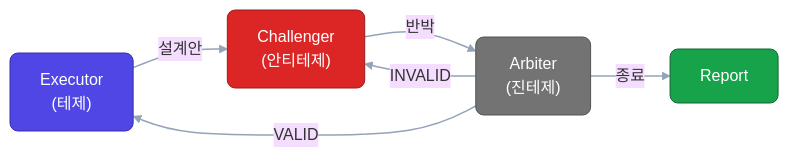
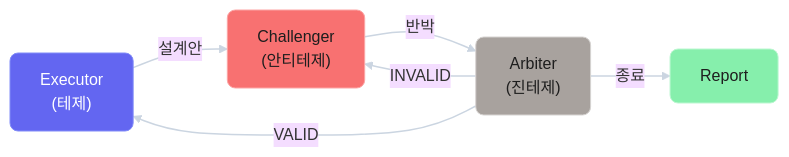
Before and after one commit to cho1124/multi-agent-adversarial-verification: the first of 2 diagrams in README.md, drawn with Mermaid (base theme). The commit also changed other lines of this file and 1 other file, not shown here.

Commit message:
style: Mermaid 컬러 톤다운 — 부드러운 파스텔 톤으로 전환

````diff
--- a/README.md
+++ b/README.md
@@ -18,18 +18,18 @@
 ```mermaid
 flowchart LR
     E["Executor
 (테제)"] -- 설계안 --> C["Challenger
 (안티테제)"]
     C -- 반박 --> A["Arbiter
 (진테제)"]
     A -- "VALID" --> E
     A -- "INVALID" --> C
     A -- "종료" --> R["Report"]
 
-    style E fill:#4f46e5,stroke:#3730a3,color:#fff,rx:8
-    style C fill:#dc2626,stroke:#991b1b,color:#fff,rx:8
-    style A fill:#737373,stroke:#525252,color:#fff,rx:8
-    style R fill:#16a34a,stroke:#166534,color:#fff,rx:8
+    style E fill:#6366f1,stroke:#818cf8,color:#fff,rx:8
+    style C fill:#f87171,stroke:#fca5a5,color:#1e1e1e,rx:8
+    style A fill:#a8a29e,stroke:#d6d3d1,color:#1e1e1e,rx:8
+    style R fill:#86efac,stroke:#bbf7d0,color:#1e1e1e,rx:8
 
-    linkStyle default stroke:#94a3b8,stroke-width:1.5px
+    linkStyle default stroke:#cbd5e1,stroke-width:1.5px
 ```
````
